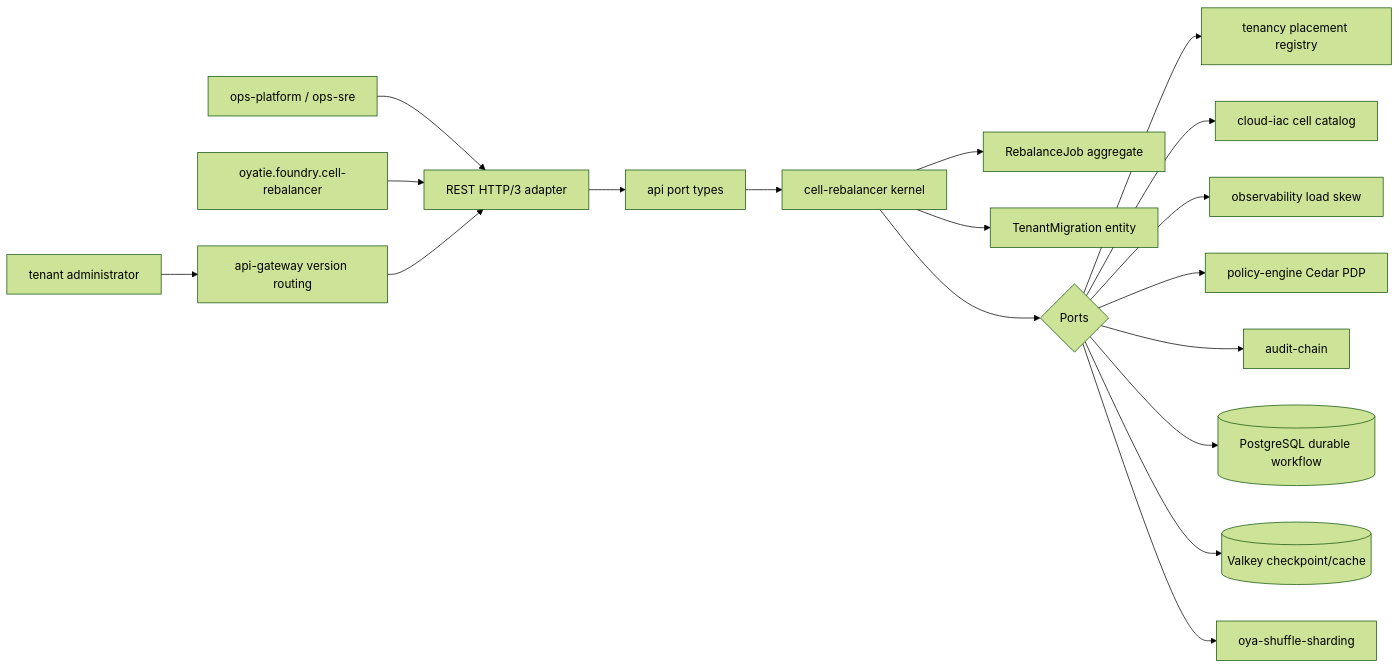
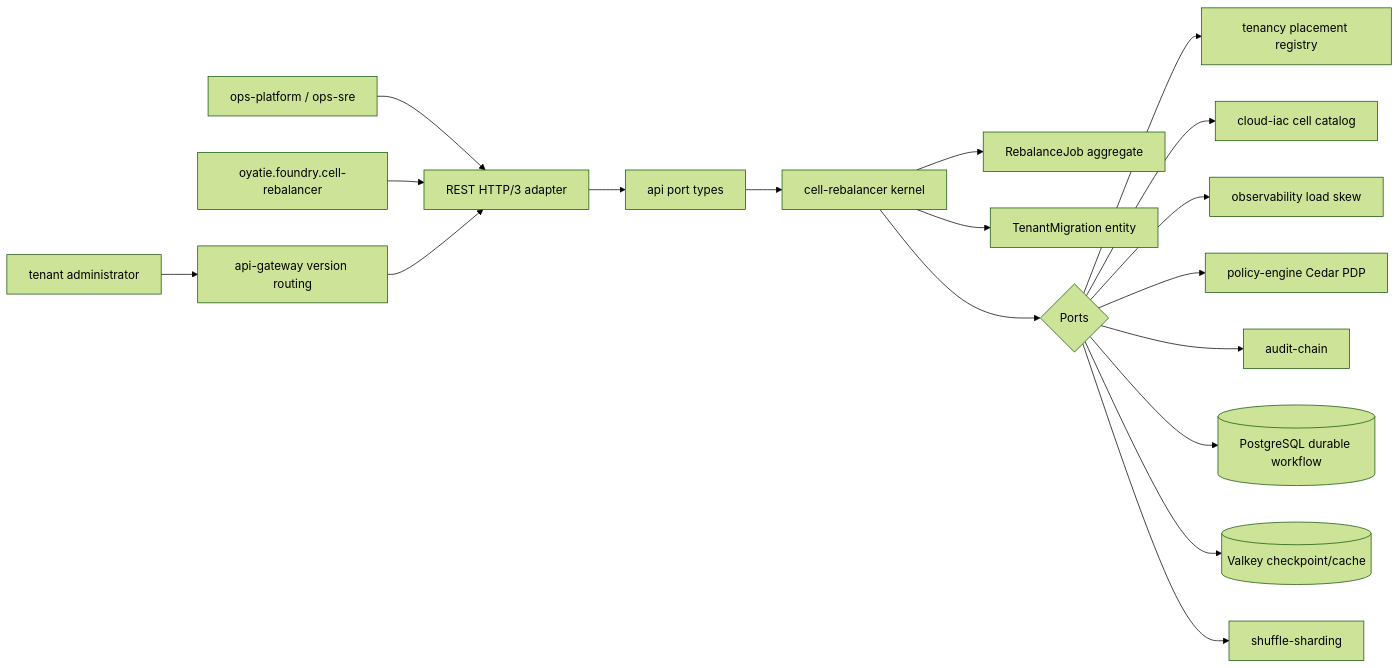
Before and after one commit to oyatie/oyatie: the first of 4 diagrams in cell/cell-rebalancer/ARCH.md, drawn with Mermaid (forest theme). The commit also changed other lines of this file and 5686 other files, not shown here.

````diff
--- a/cell/cell-rebalancer/ARCH.md
+++ b/cell/cell-rebalancer/ARCH.md
@@ -23,20 +23,20 @@
 ```mermaid
 flowchart LR
   Operator[ops-platform / ops-sre] --> Rest[REST HTTP/3 adapter]
   Foundry[oyatie.foundry.cell-rebalancer] --> Rest
   TenantAdmin[tenant administrator] --> Gateway[api-gateway version routing]
   Gateway --> Rest
   Rest --> API[api port types]
   API --> Kernel[cell-rebalancer kernel]
   Kernel --> Job[RebalanceJob aggregate]
   Kernel --> Mig[TenantMigration entity]
   Kernel --> Ports{Ports}
   Ports --> Tenancy[tenancy placement registry]
   Ports --> CloudIac[cloud-iac cell catalog]
   Ports --> Observability[observability load skew]
   Ports --> Policy[policy-engine Cedar PDP]
   Ports --> Audit[audit-chain]
   Ports --> Postgres[(PostgreSQL durable workflow)]
   Ports --> Valkey[(Valkey checkpoint/cache)]
-  Ports --> Shuffle[oya-shuffle-sharding]
+  Ports --> Shuffle[shuffle-sharding]
 ```
````
